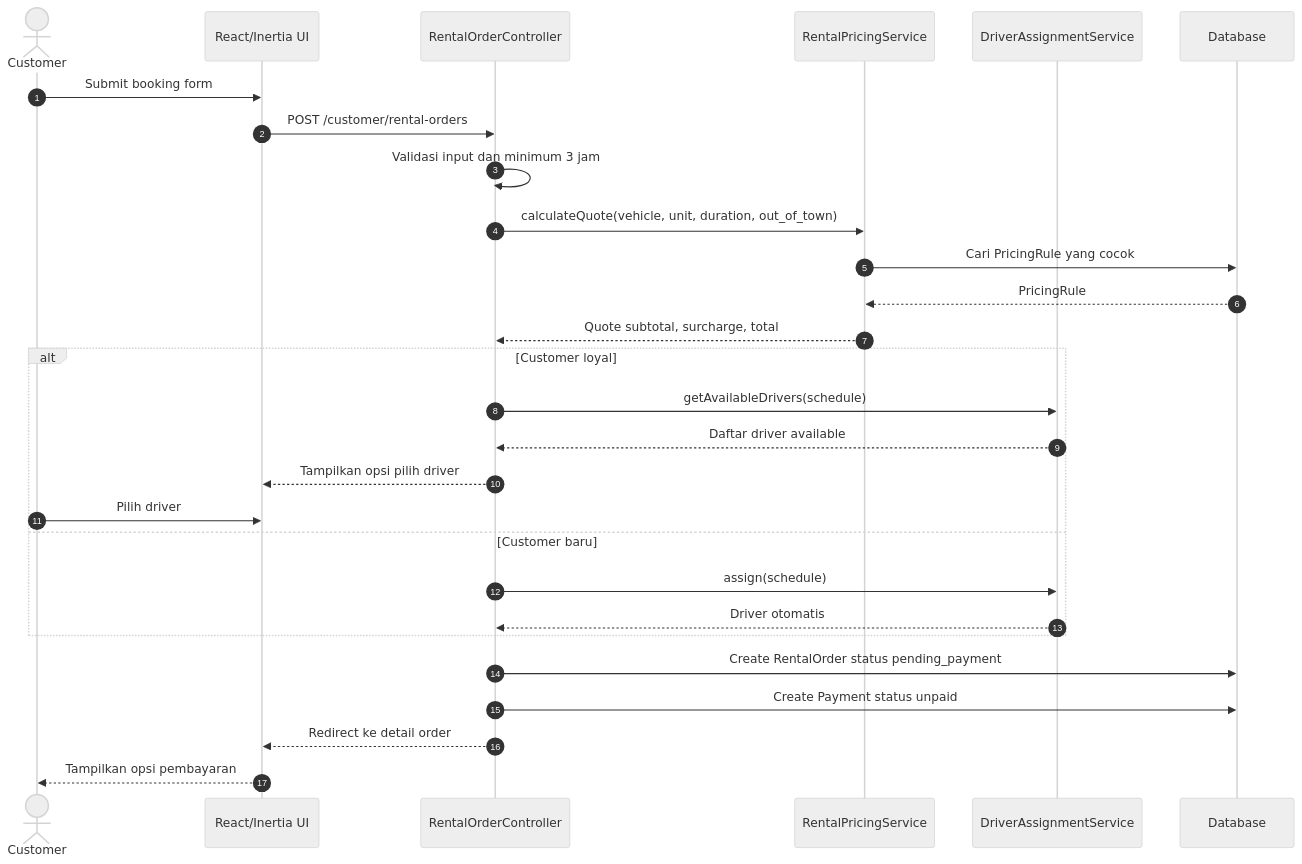
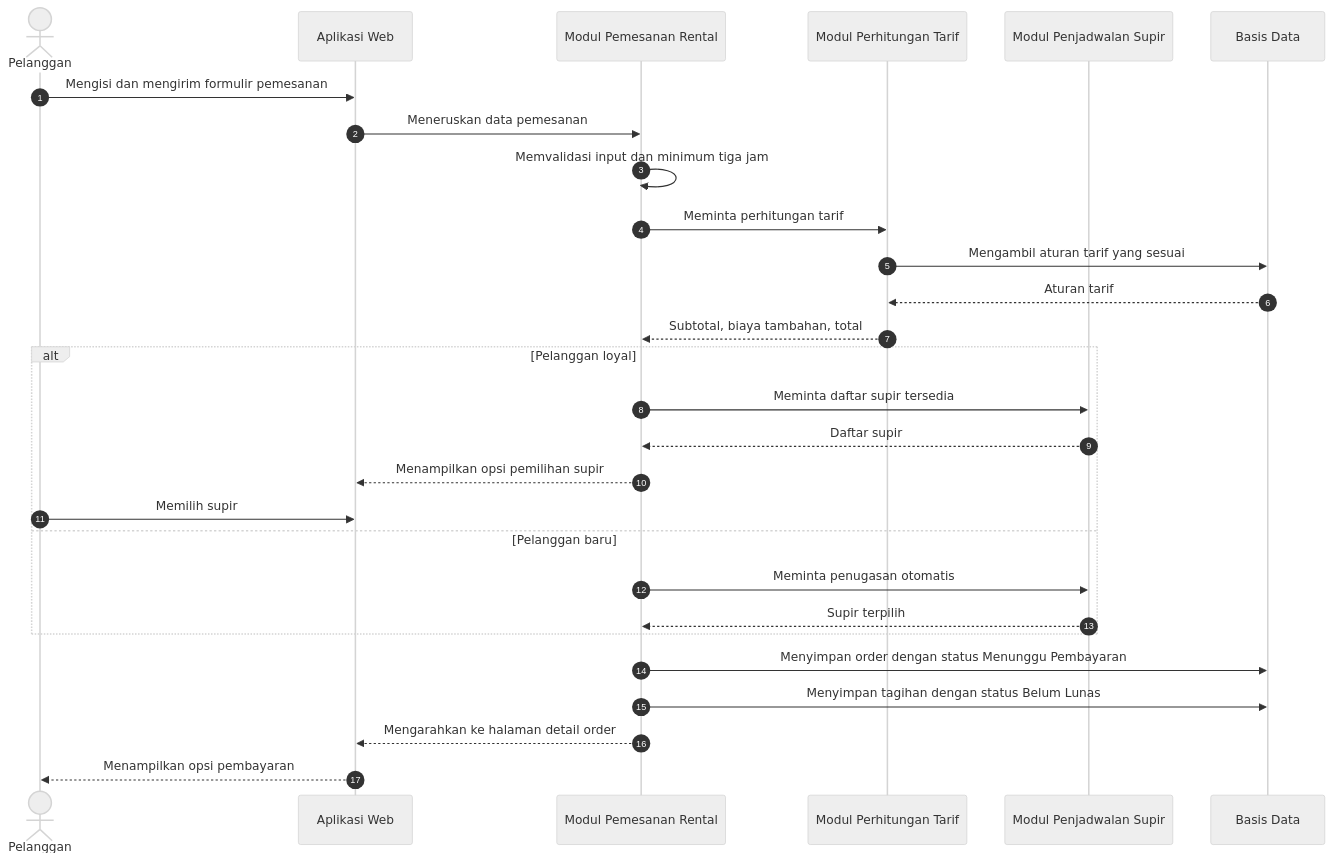
The seventh of 15 diagrams in docs/UML_MERMAID.md (nabiilnuryassar/rent-car), drawn with Mermaid (neutral theme) before and after one commit. The commit also changed other lines of this file, not shown here.

Commit message:
update docs uml

````diff
--- a/docs/UML_MERMAID.md
+++ b/docs/UML_MERMAID.md
@@ -312,33 +303,33 @@
 ```mermaid
 sequenceDiagram
     autonumber
-    actor Customer
-    participant UI as React/Inertia UI
-    participant Ctrl as RentalOrderController
-    participant Pricing as RentalPricingService
-    participant DriverSvc as DriverAssignmentService
-    participant DB as Database
+    actor Pelanggan
+    participant Aplikasi as Aplikasi Web
+    participant Pemesanan as Modul Pemesanan Rental
+    participant Tarif as Modul Perhitungan Tarif
+    participant Penjadwalan as Modul Penjadwalan Supir
+    participant Basis as Basis Data
 
-    Customer->>UI: Submit booking form
-    UI->>Ctrl: POST /customer/rental-orders
-    Ctrl->>Ctrl: Validasi input dan minimum 3 jam
-    Ctrl->>Pricing: calculateQuote(vehicle, unit, duration, out_of_town)
-    Pricing->>DB: Cari PricingRule yang cocok
-    DB-->>Pricing: PricingRule
-    Pricing-->>Ctrl: Quote subtotal, surcharge, total
+    Pelanggan->>Aplikasi: Mengisi dan mengirim formulir pemesanan
+    Aplikasi->>Pemesanan: Meneruskan data pemesanan
+    Pemesanan->>Pemesanan: Memvalidasi input dan minimum tiga jam
+    Pemesanan->>Tarif: Meminta perhitungan tarif
+    Tarif->>Basis: Mengambil aturan tarif yang sesuai
+    Basis-->>Tarif: Aturan tarif
+    Tarif-->>Pemesanan: Subtotal, biaya tambahan, total
 
-    alt Customer loyal
-        Ctrl->>DriverSvc: getAvailableDrivers(schedule)
-        DriverSvc-->>Ctrl: Daftar driver available
-        Ctrl-->>UI: Tampilkan opsi pilih driver
-        Customer->>UI: Pilih driver
-    else Customer baru
-        Ctrl->>DriverSvc: assign(schedule)
-        DriverSvc-->>Ctrl: Driver otomatis
+    alt Pelanggan loyal
+        Pemesanan->>Penjadwalan: Meminta daftar supir tersedia
+        Penjadwalan-->>Pemesanan: Daftar supir
+        Pemesanan-->>Aplikasi: Menampilkan opsi pemilihan supir
+        Pelanggan->>Aplikasi: Memilih supir
+    else Pelanggan baru
+        Pemesanan->>Penjadwalan: Meminta penugasan otomatis
+        Penjadwalan-->>Pemesanan: Supir terpilih
     end
 
-    Ctrl->>DB: Create RentalOrder status pending_payment
-    Ctrl->>DB: Create Payment status unpaid
-    Ctrl-->>UI: Redirect ke detail order
-    UI-->>Customer: Tampilkan opsi pembayaran
+    Pemesanan->>Basis: Menyimpan order dengan status Menunggu Pembayaran
+    Pemesanan->>Basis: Menyimpan tagihan dengan status Belum Lunas
+    Pemesanan-->>Aplikasi: Mengarahkan ke halaman detail order
+    Aplikasi-->>Pelanggan: Menampilkan opsi pembayaran
 ```
````
